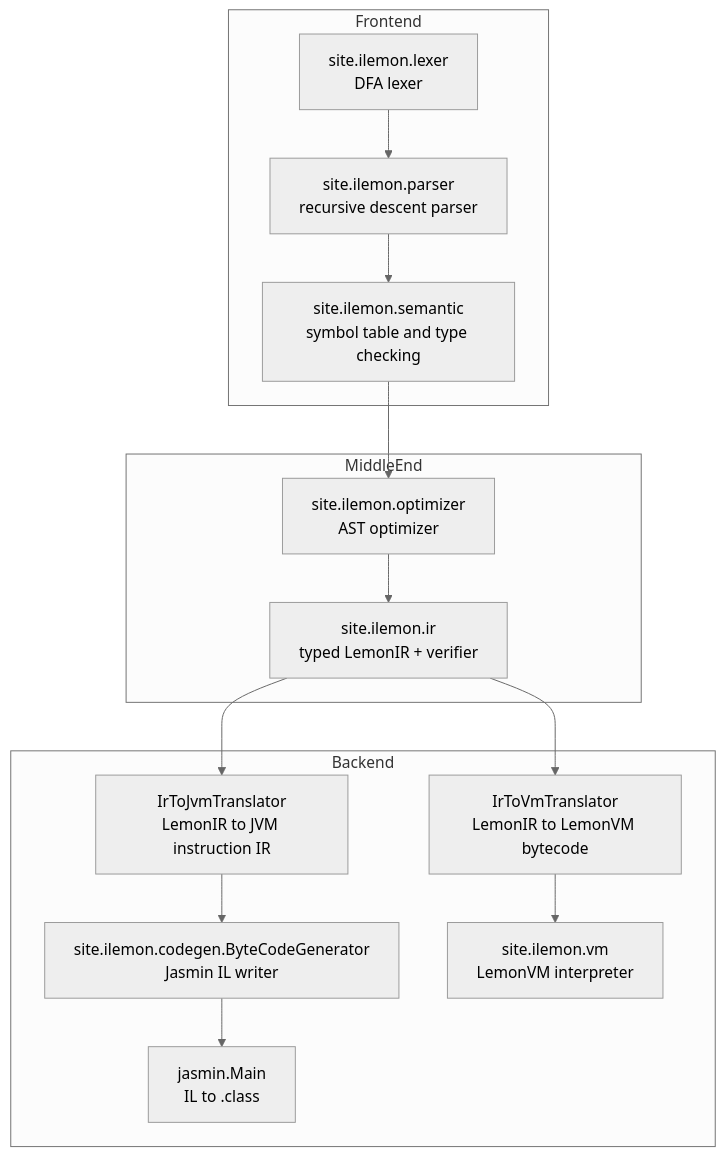
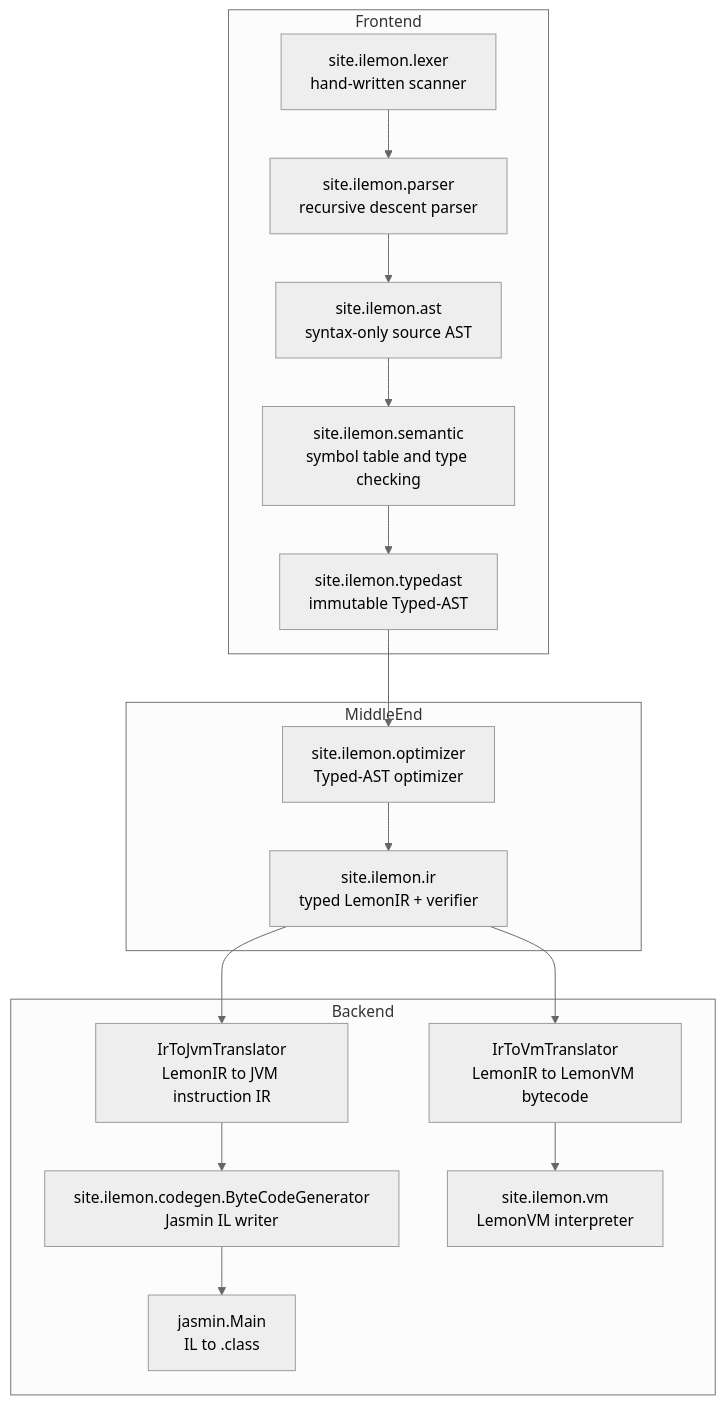
One commit to yananlemon/LemonC changed the first of 2 diagrams in README.md. Above: the diagram before and after it, drawn with Mermaid (neutral theme). The commit also changed other lines of this file and 20 other files, not shown here.

````diff
--- a/README.md
+++ b/README.md
@@ -92,25 +95,27 @@
 ```mermaid
 flowchart TB
     subgraph Frontend
-        L["site.ilemon.lexer<br/>DFA lexer"]
+        L["site.ilemon.lexer<br/>hand-written scanner"]
         P["site.ilemon.parser<br/>recursive descent parser"]
+        A["site.ilemon.ast<br/>syntax-only source AST"]
         S["site.ilemon.semantic<br/>symbol table and type checking"]
+        T["site.ilemon.typedast<br/>immutable Typed-AST"]
     end
 
     subgraph MiddleEnd
-        O["site.ilemon.optimizer<br/>AST optimizer"]
+        O["site.ilemon.optimizer<br/>Typed-AST optimizer"]
         IR["site.ilemon.ir<br/>typed LemonIR + verifier"]
     end
 
     subgraph Backend
         JIR["IrToJvmTranslator<br/>LemonIR to JVM instruction IR"]
         B["site.ilemon.codegen.ByteCodeGenerator<br/>Jasmin IL writer"]
         J["jasmin.Main<br/>IL to .class"]
         VIR["IrToVmTranslator<br/>LemonIR to LemonVM bytecode"]
         VM["site.ilemon.vm<br/>LemonVM interpreter"]
     end
 
-    L --> P --> S --> O --> IR
+    L --> P --> A --> S --> T --> O --> IR
     IR --> JIR --> B --> J
     IR --> VIR --> VM
 ```
````
